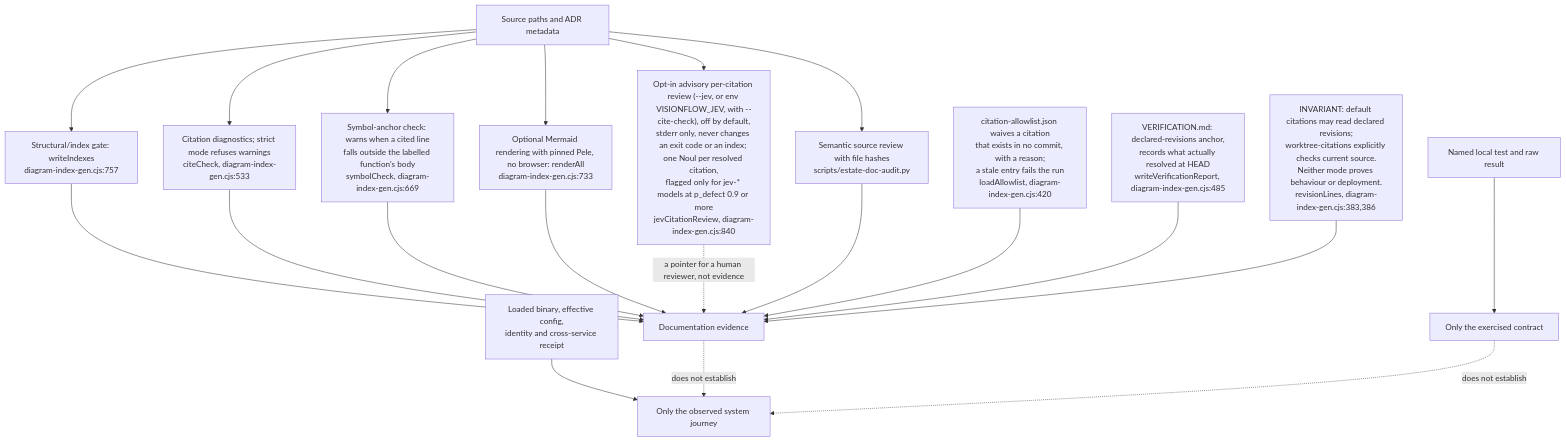
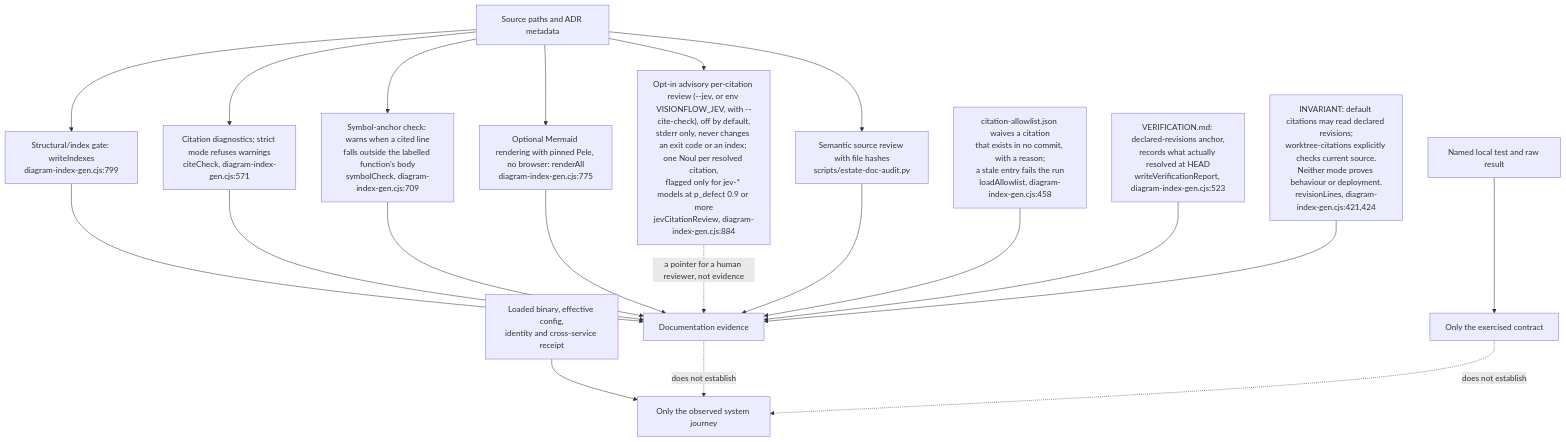
Before and after one commit to DreamLab-AI/VisionFlow: the fifth of 5 diagrams in docs/diagrams/estate/90-evidence-and-supporting-repositories.md, drawn with Mermaid. The commit also changed other lines of this file and 1 other file, not shown here.

Commit message:
docs(diagrams): estate pass B (vowl-wasm 0.4.0 convergence, WasmVOWL CI, dream-core 0.5.0)
ES-11: one live explorer on vowl-wasm 0.4.0, knowledgeGraph's copy retired, WasmVOWL on npm 0.4.0 with ontomark-graph 0.4.0; new ES-11.6 (WasmVOWL CI, roster exemption removed). ES-90: dream-core 0.5.0 adopted by agentbox; ES-90.3 frozen to ES-11.6. Estate has no repository of its own, so other panels were updated in place with the earlier facts kept as dated history.

````diff
--- a/docs/diagrams/estate/90-evidence-and-supporting-repositories.md
+++ b/docs/diagrams/estate/90-evidence-and-supporting-repositories.md
@@ -110,22 +113,22 @@
 ```mermaid
 flowchart TB
-    F["Source paths and ADR metadata"] --> G["Structural/index gate: writeIndexes<br/>diagram-index-gen.cjs:757"]
-    F --> C["Citation diagnostics; strict mode refuses warnings<br/>citeCheck, diagram-index-gen.cjs:533"]
-    F --> SYM["Symbol-anchor check: warns when a cited line<br/>falls outside the labelled function's body<br/>symbolCheck, diagram-index-gen.cjs:669"]
-    F --> JEV["Opt-in advisory per-citation review (--jev, or env VISIONFLOW_JEV, with --cite-check), off by default,<br/>stderr only, never changes an exit code or an index; one Noul per resolved citation,<br/>flagged only for jev-* models at p_defect 0.9 or more<br/>jevCitationReview, diagram-index-gen.cjs:840"]
-    F --> R["Optional Mermaid rendering with pinned Pele, no browser: renderAll<br/>diagram-index-gen.cjs:733"]
+    F["Source paths and ADR metadata"] --> G["Structural/index gate: writeIndexes<br/>diagram-index-gen.cjs:799"]
+    F --> C["Citation diagnostics; strict mode refuses warnings<br/>citeCheck, diagram-index-gen.cjs:571"]
+    F --> SYM["Symbol-anchor check: warns when a cited line<br/>falls outside the labelled function's body<br/>symbolCheck, diagram-index-gen.cjs:709"]
+    F --> JEV["Opt-in advisory per-citation review (--jev, or env VISIONFLOW_JEV, with --cite-check), off by default,<br/>stderr only, never changes an exit code or an index; one Noul per resolved citation,<br/>flagged only for jev-* models at p_defect 0.9 or more<br/>jevCitationReview, diagram-index-gen.cjs:884"]
+    F --> R["Optional Mermaid rendering with pinned Pele, no browser: renderAll<br/>diagram-index-gen.cjs:775"]
     F --> S["Semantic source review with file hashes<br/>scripts/estate-doc-audit.py"]
     G --> DOC["Documentation evidence"]
     C --> DOC
     SYM --> DOC
     R --> DOC
     JEV -.->|"a pointer for a human reviewer, not evidence"| DOC
     S --> DOC
-    ALLOW["citation-allowlist.json waives a citation<br/>that exists in no commit, with a reason;<br/>a stale entry fails the run<br/>loadAllowlist, diagram-index-gen.cjs:420"] --> DOC
-    VER["VERIFICATION.md: declared-revisions anchor,<br/>records what actually resolved at HEAD<br/>writeVerificationReport, diagram-index-gen.cjs:485"] --> DOC
+    ALLOW["citation-allowlist.json waives a citation<br/>that exists in no commit, with a reason;<br/>a stale entry fails the run<br/>loadAllowlist, diagram-index-gen.cjs:458"] --> DOC
+    VER["VERIFICATION.md: declared-revisions anchor,<br/>records what actually resolved at HEAD<br/>writeVerificationReport, diagram-index-gen.cjs:523"] --> DOC
     TEST["Named local test and raw result"] --> LOCAL["Only the exercised contract"]
     RUN["Loaded binary, effective config,<br/>identity and cross-service receipt"] --> ACCEPT["Only the observed system journey"]
     DOC -.->|"does not establish"| ACCEPT
     LOCAL -.->|"does not establish"| ACCEPT
-    NOTE["INVARIANT: default citations may read declared revisions;<br/>worktree-citations explicitly checks current source.<br/>Neither mode proves behaviour or deployment.<br/>revisionLines, diagram-index-gen.cjs:383,386"] --> DOC
+    NOTE["INVARIANT: default citations may read declared revisions;<br/>worktree-citations explicitly checks current source.<br/>Neither mode proves behaviour or deployment.<br/>revisionLines, diagram-index-gen.cjs:421,424"] --> DOC
 ```
````
